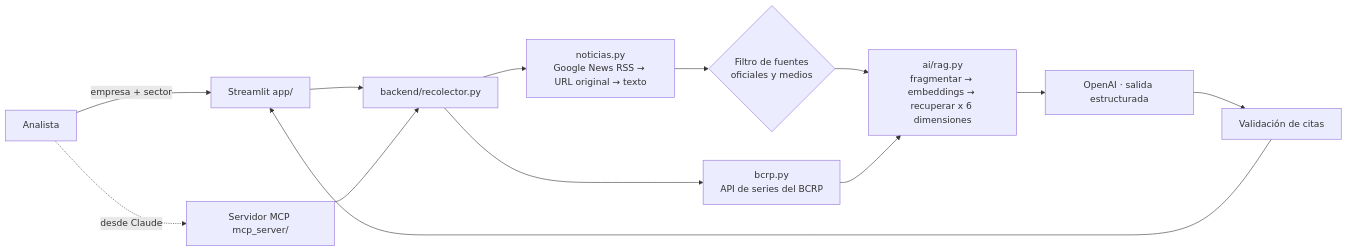
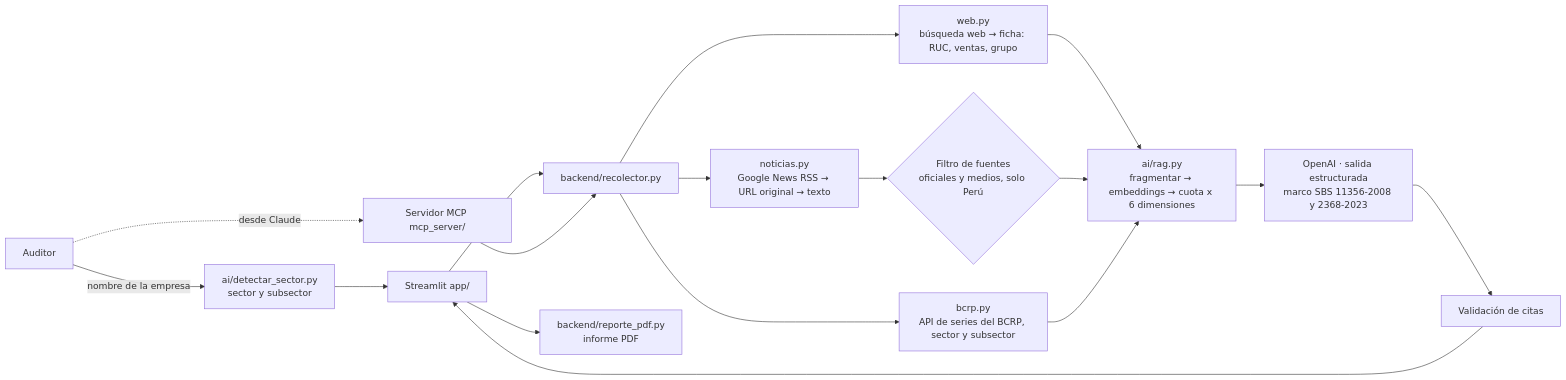
Before and after one commit to henryluis0603/contexta: the diagram in README.md, drawn with Mermaid. The commit also changed other lines of this file and 2 other files, not shown here.

Commit message:
Costo por informe con precios verificados, README actualizado y guía de entrega

````diff
--- a/README.md
+++ b/README.md
@@ -73,15 +76,19 @@
 ```mermaid
 flowchart LR
-    U[Analista] -->|empresa + sector| APP[Streamlit app/]
+    U[Auditor] -->|nombre de la empresa| DET[ai/detectar_sector.py<br/>sector y subsector]
     U -.->|desde Claude| MCP[Servidor MCP mcp_server/]
+    DET --> APP[Streamlit app/]
     APP --> REC[backend/recolector.py]
     MCP --> REC
+    REC --> W[web.py<br/>búsqueda web → ficha: RUC, ventas, grupo]
     REC --> N[noticias.py<br/>Google News RSS → URL original → texto]
-    REC --> B[bcrp.py<br/>API de series del BCRP]
-    N --> F{Filtro de fuentes<br/>oficiales y medios}
-    F --> RAG[ai/rag.py<br/>fragmentar → embeddings → recuperar x 6 dimensiones]
+    REC --> B[bcrp.py<br/>API de series del BCRP, sector y subsector]
+    N --> F{Filtro de fuentes<br/>oficiales y medios, solo Perú}
+    W --> RAG
+    F --> RAG[ai/rag.py<br/>fragmentar → embeddings → cuota x 6 dimensiones]
     B --> RAG
-    RAG --> LLM[OpenAI · salida estructurada]
+    RAG --> LLM[OpenAI · salida estructurada<br/>marco SBS 11356-2008 y 2368-2023]
     LLM --> V[Validación de citas]
     V --> APP
+    APP --> PDF[backend/reporte_pdf.py<br/>informe PDF]
 ```
````
